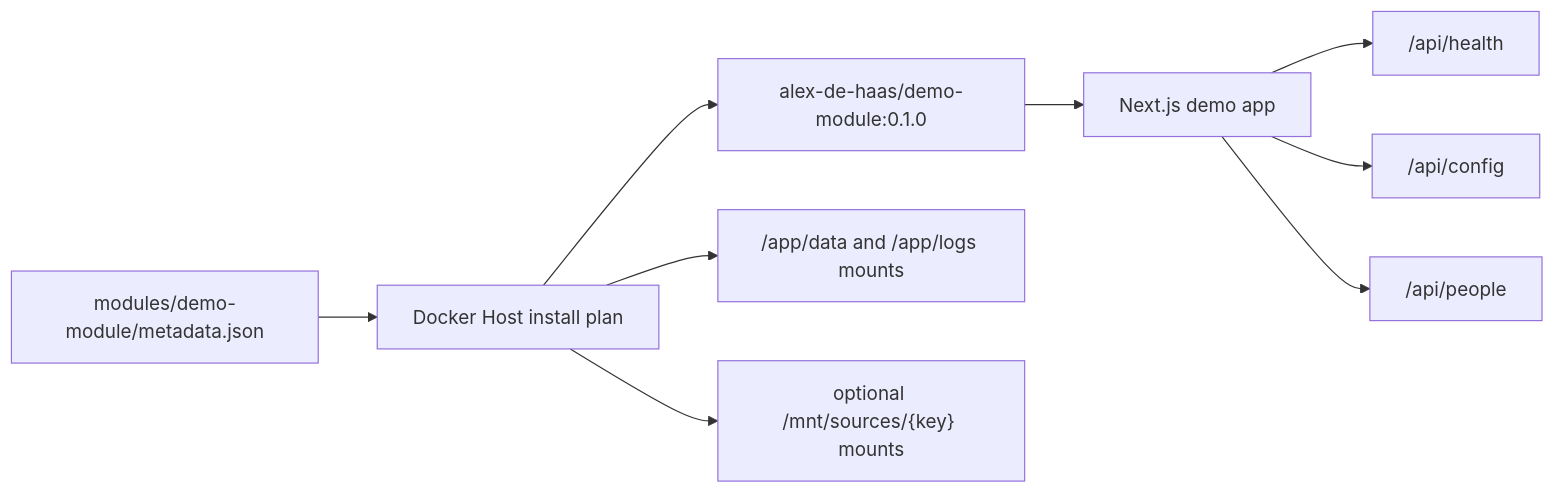
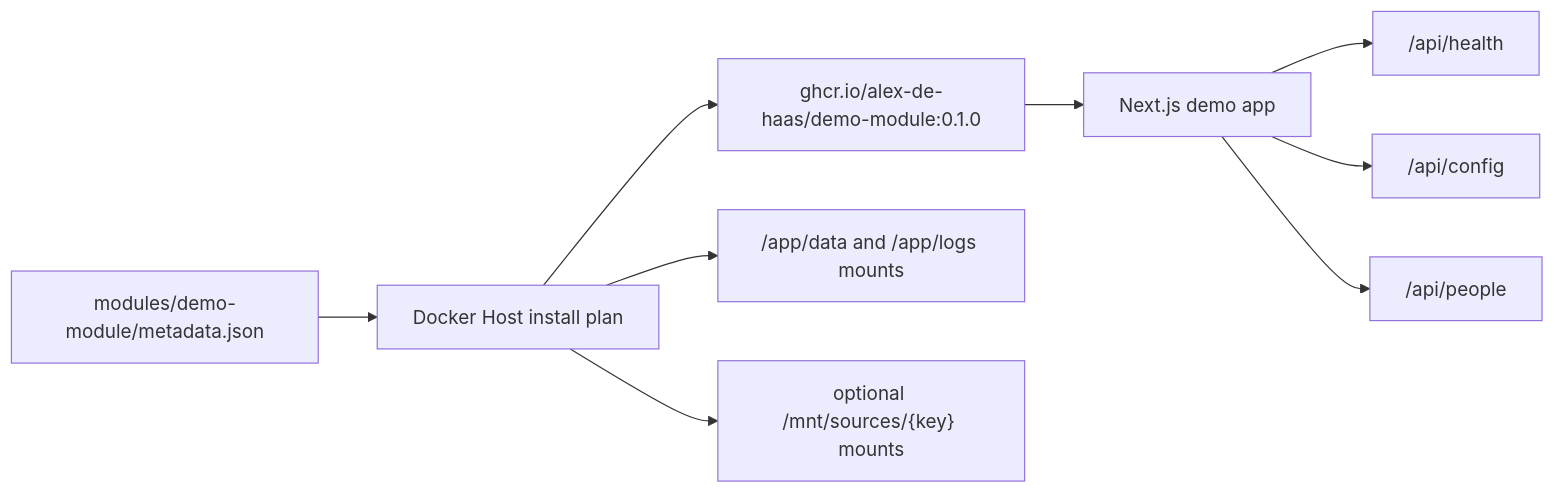
One commit to alex-de-haas/docker-host changed the diagram in docs/features/demo-module.md. Above: the diagram before and after it, drawn with Mermaid. The commit also changed other lines of this file and 5 other files, not shown here.

````diff
--- a/docs/features/demo-module.md
+++ b/docs/features/demo-module.md
@@ -9,11 +9,11 @@
 ```mermaid
 flowchart LR
   A["modules/demo-module/metadata.json"] --> B["Docker Host install plan"]
-  B --> C["alex-de-haas/demo-module:0.1.0"]
+  B --> C["ghcr.io/alex-de-haas/demo-module:0.1.0"]
   C --> D["Next.js demo app"]
   D --> E["/api/health"]
   D --> F["/api/config"]
   D --> G["/api/people"]
   B --> H["/app/data and /app/logs mounts"]
   B --> I["optional /mnt/sources/{key} mounts"]
 ```
````
